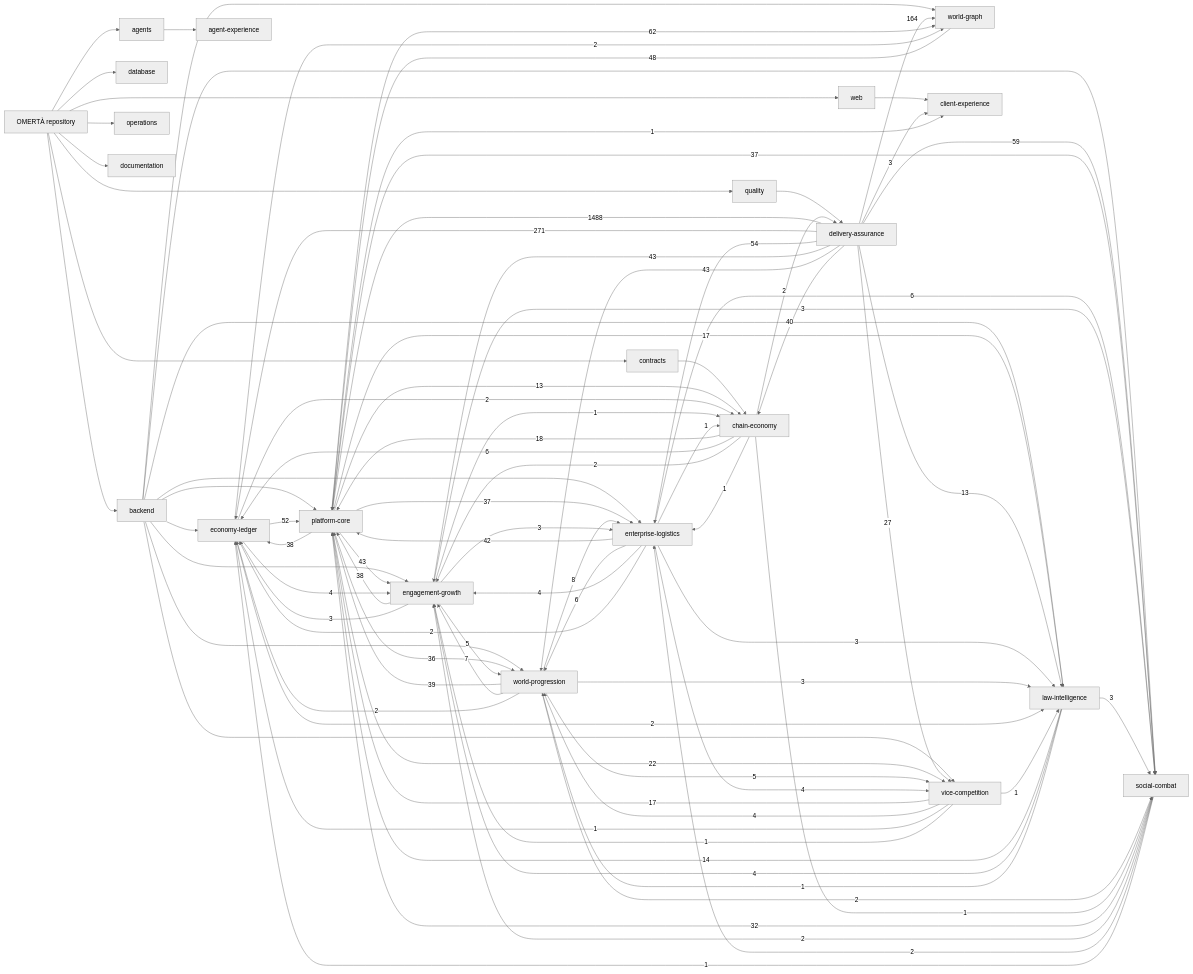
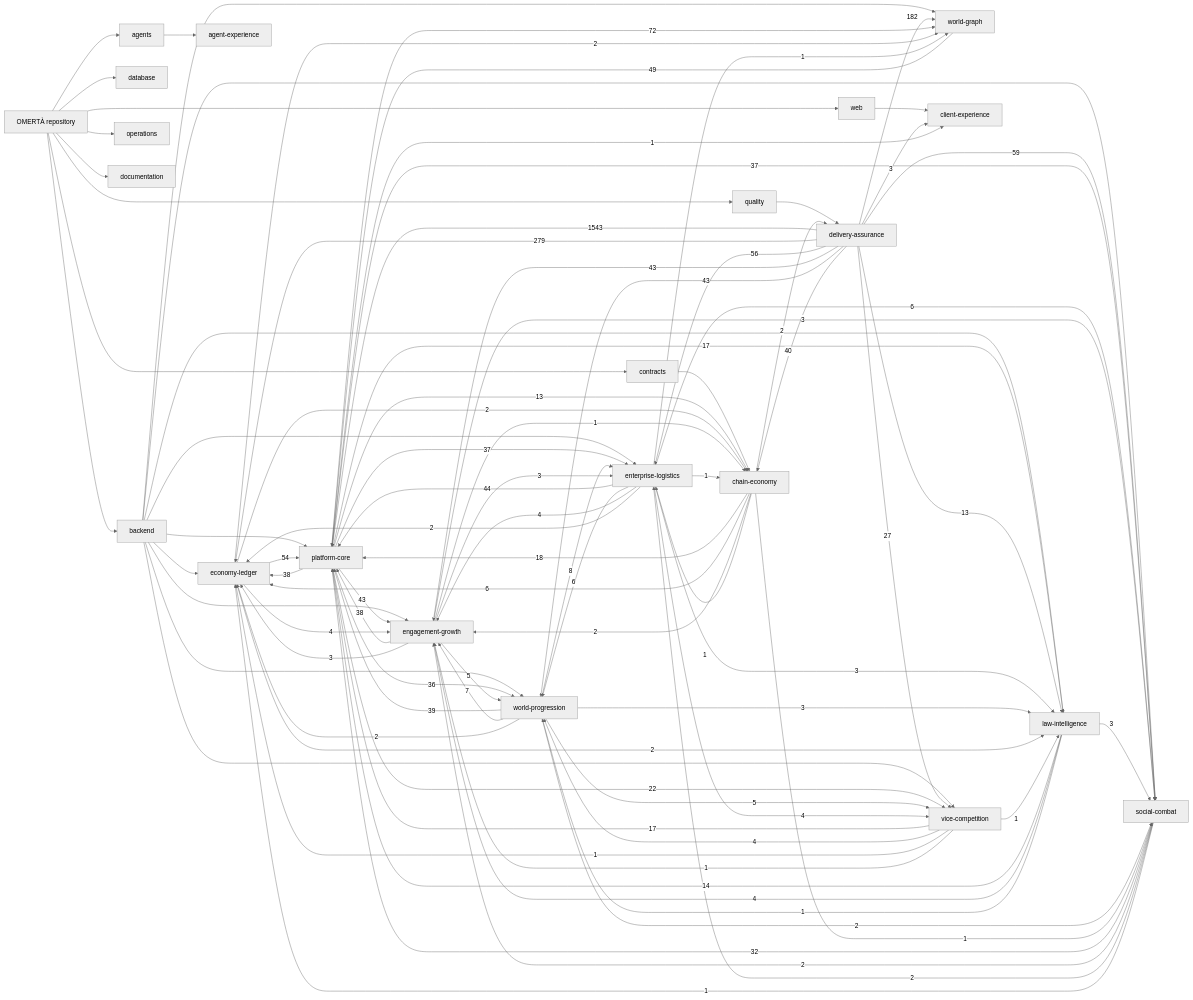
The diagram in knowledge/generated/graph.mmd (OmertaDev/Omerta), drawn with Mermaid (neutral theme) before and after one commit. The commit also changed 8 other files, not shown here.

```diff
--- a/knowledge/generated/graph.mmd
+++ b/knowledge/generated/graph.mmd
@@ -1,111 +1,112 @@
 flowchart LR
   repo["OMERTÀ repository"]
   sub_backend["backend"]
   repo --> sub_backend
   sub_database["database"]
   repo --> sub_database
   sub_web["web"]
   repo --> sub_web
   sub_contracts["contracts"]
   repo --> sub_contracts
   sub_agents["agents"]
   repo --> sub_agents
   sub_quality["quality"]
   repo --> sub_quality
   sub_operations["operations"]
   repo --> sub_operations
   sub_documentation["documentation"]
   repo --> sub_documentation
   dom_platform-core["platform-core"]
   dom_economy-ledger["economy-ledger"]
   dom_social-combat["social-combat"]
   dom_world-progression["world-progression"]
   dom_world-graph["world-graph"]
   dom_enterprise-logistics["enterprise-logistics"]
   dom_vice-competition["vice-competition"]
   dom_law-intelligence["law-intelligence"]
   dom_chain-economy["chain-economy"]
   dom_engagement-growth["engagement-growth"]
   dom_client-experience["client-experience"]
   dom_agent-experience["agent-experience"]
   dom_delivery-assurance["delivery-assurance"]
   sub_agents --> dom_agent-experience
   sub_backend --> dom_economy-ledger
   sub_backend --> dom_engagement-growth
   sub_backend --> dom_enterprise-logistics
   sub_backend --> dom_law-intelligence
   sub_backend --> dom_platform-core
   sub_backend --> dom_social-combat
   sub_backend --> dom_vice-competition
   sub_backend --> dom_world-graph
   sub_backend --> dom_world-progression
   sub_contracts --> dom_chain-economy
   sub_quality --> dom_delivery-assurance
   sub_web --> dom_client-experience
-  dom_delivery-assurance -->|1488| dom_platform-core
-  dom_delivery-assurance -->|271| dom_economy-ledger
-  dom_delivery-assurance -->|164| dom_world-graph
-  dom_platform-core -->|62| dom_world-graph
+  dom_delivery-assurance -->|1543| dom_platform-core
+  dom_delivery-assurance -->|279| dom_economy-ledger
+  dom_delivery-assurance -->|182| dom_world-graph
+  dom_platform-core -->|72| dom_world-graph
   dom_delivery-assurance -->|59| dom_social-combat
-  dom_delivery-assurance -->|54| dom_enterprise-logistics
-  dom_economy-ledger -->|52| dom_platform-core
-  dom_world-graph -->|48| dom_platform-core
+  dom_delivery-assurance -->|56| dom_enterprise-logistics
+  dom_economy-ledger -->|54| dom_platform-core
+  dom_world-graph -->|49| dom_platform-core
+  dom_enterprise-logistics -->|44| dom_platform-core
   dom_delivery-assurance -->|43| dom_engagement-growth
   dom_delivery-assurance -->|43| dom_world-progression
   dom_platform-core -->|43| dom_engagement-growth
-  dom_enterprise-logistics -->|42| dom_platform-core
   dom_delivery-assurance -->|40| dom_chain-economy
   dom_world-progression -->|39| dom_platform-core
   dom_engagement-growth -->|38| dom_platform-core
   dom_platform-core -->|38| dom_economy-ledger
   dom_platform-core -->|37| dom_enterprise-logistics
   dom_platform-core -->|37| dom_social-combat
   dom_platform-core -->|36| dom_world-progression
   dom_social-combat -->|32| dom_platform-core
   dom_delivery-assurance -->|27| dom_vice-competition
   dom_platform-core -->|22| dom_vice-competition
   dom_chain-economy -->|18| dom_platform-core
   dom_platform-core -->|17| dom_law-intelligence
   dom_vice-competition -->|17| dom_platform-core
   dom_law-intelligence -->|14| dom_platform-core
   dom_delivery-assurance -->|13| dom_law-intelligence
   dom_platform-core -->|13| dom_chain-economy
   dom_world-progression -->|8| dom_enterprise-logistics
   dom_world-progression -->|7| dom_engagement-growth
   dom_chain-economy -->|6| dom_economy-ledger
   dom_enterprise-logistics -->|6| dom_social-combat
   dom_enterprise-logistics -->|6| dom_world-progression
   dom_engagement-growth -->|5| dom_world-progression
   dom_world-progression -->|5| dom_vice-competition
   dom_economy-ledger -->|4| dom_engagement-growth
   dom_enterprise-logistics -->|4| dom_engagement-growth
   dom_enterprise-logistics -->|4| dom_vice-competition
   dom_law-intelligence -->|4| dom_engagement-growth
   dom_vice-competition -->|4| dom_world-progression
   dom_delivery-assurance -->|3| dom_client-experience
   dom_engagement-growth -->|3| dom_economy-ledger
   dom_engagement-growth -->|3| dom_enterprise-logistics
   dom_engagement-growth -->|3| dom_social-combat
   dom_enterprise-logistics -->|3| dom_law-intelligence
   dom_law-intelligence -->|3| dom_social-combat
   dom_world-progression -->|3| dom_law-intelligence
   dom_chain-economy -->|2| dom_delivery-assurance
   dom_chain-economy -->|2| dom_engagement-growth
   dom_economy-ledger -->|2| dom_chain-economy
   dom_economy-ledger -->|2| dom_law-intelligence
   dom_economy-ledger -->|2| dom_world-graph
   dom_enterprise-logistics -->|2| dom_economy-ledger
   dom_social-combat -->|2| dom_engagement-growth
   dom_social-combat -->|2| dom_enterprise-logistics
   dom_world-progression -->|2| dom_economy-ledger
   dom_world-progression -->|2| dom_social-combat
   dom_chain-economy -->|1| dom_enterprise-logistics
   dom_chain-economy -->|1| dom_social-combat
   dom_engagement-growth -->|1| dom_chain-economy
   dom_enterprise-logistics -->|1| dom_chain-economy
+  dom_enterprise-logistics -->|1| dom_world-graph
   dom_law-intelligence -->|1| dom_world-progression
   dom_platform-core -->|1| dom_client-experience
   dom_social-combat -->|1| dom_economy-ledger
   dom_vice-competition -->|1| dom_economy-ledger
   dom_vice-competition -->|1| dom_engagement-growth
   dom_vice-competition -->|1| dom_law-intelligence
```
